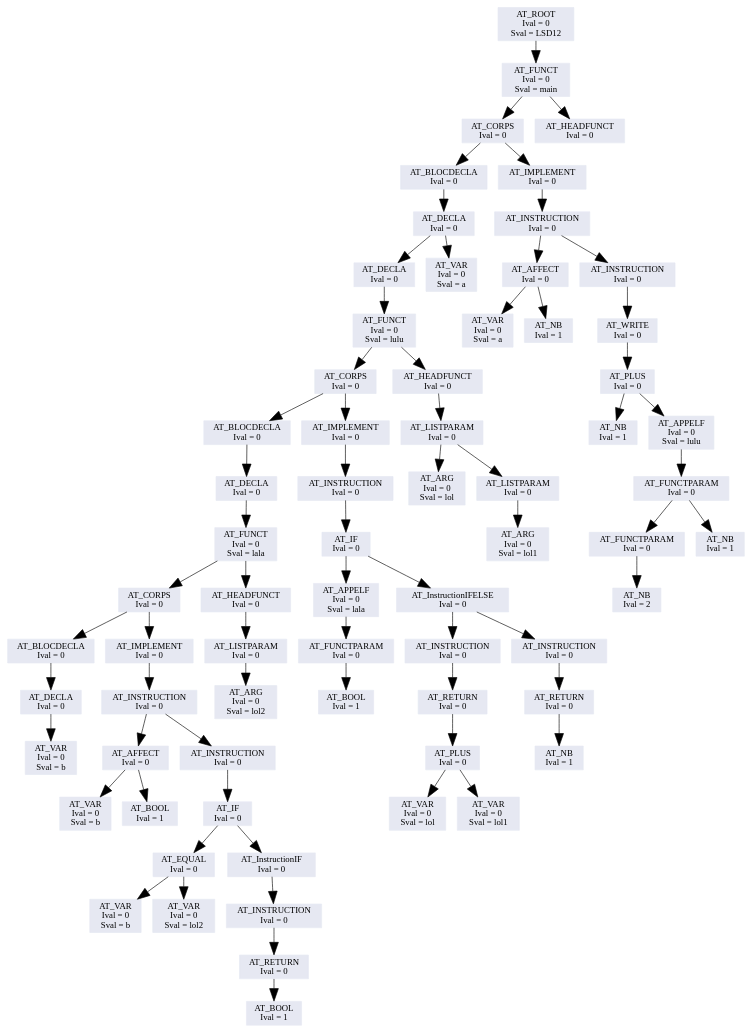
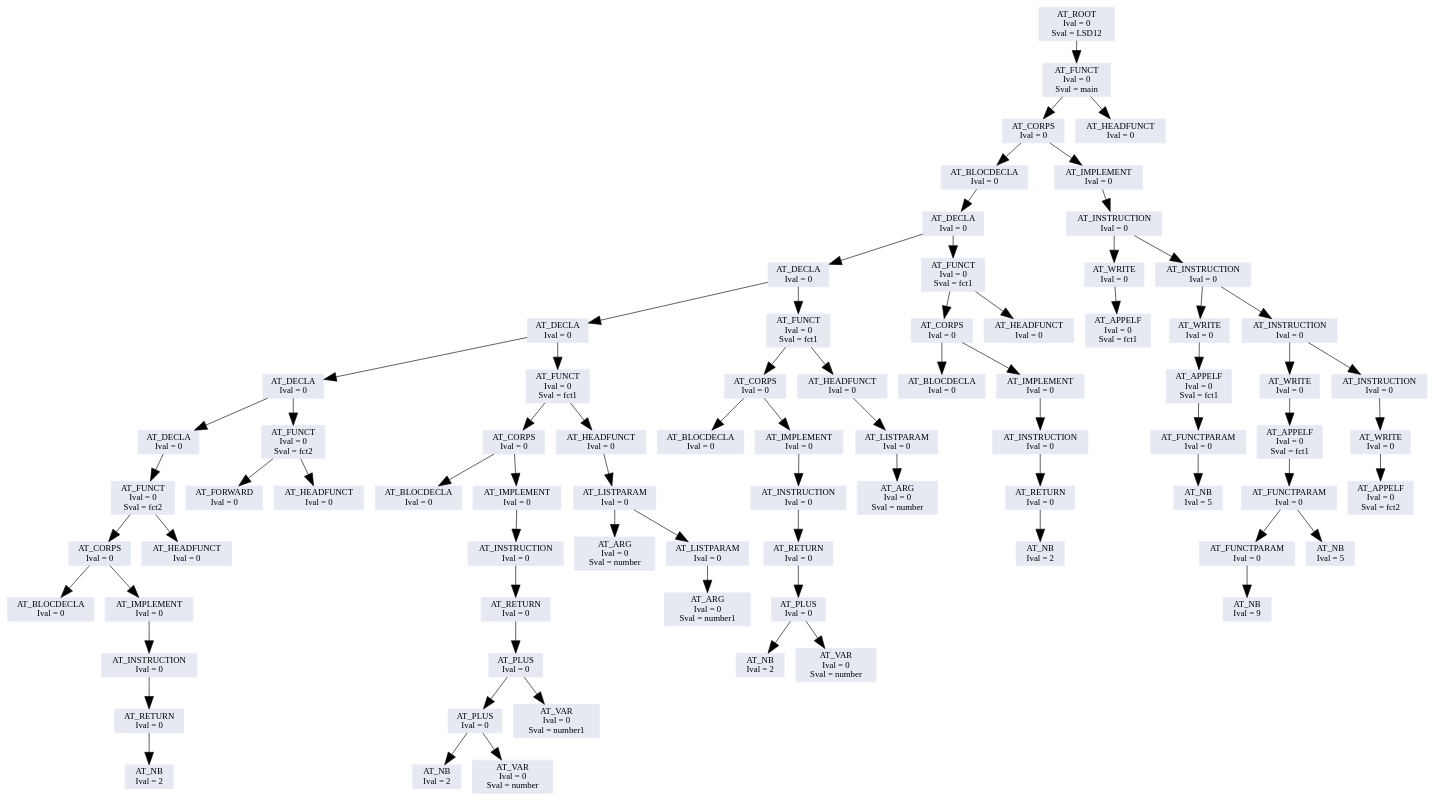
One commit to w0lf3011/13-lsd12 changed the diagram in lsd12/code/ArbreGraph.dot. Above: the diagram before and after it, drawn with Graphviz. The commit also changed 6 other files, not shown here.

```diff
--- a/lsd12/code/ArbreGraph.dot
+++ b/lsd12/code/ArbreGraph.dot
@@ -6,141 +6,157 @@
 
 // A remplacer avec ce qu'il y a entre ";*** BEGIN printTreeGraphViz(..) +locations ***" et ";*** END printTreeGraphViz(..) +locations ***"
 
-"0x91829c8";
-"0x91829c8"[shape=box, color="#e6e8f2", fontcolor="#000000",label="AT_ROOT \n Ival = 0\n Sval = LSD12"];
-"0x91829c8" -> "0x91829a8";
-"0x91829a8"[shape=box, color="#e6e8f2", fontcolor="#000000",label="AT_FUNCT \n Ival = 0\n Sval = main"];
-"0x91829a8" -> "0x9182988";
-"0x91829a8" -> "0x9182078";
-"0x9182988"[shape=box, color="#e6e8f2", fontcolor="#000000",label="AT_CORPS \n Ival = 0"];
-"0x9182988" -> "0x9182788";
-"0x9182988" -> "0x9182968";
-"0x9182788"[shape=box, color="#e6e8f2", fontcolor="#000000",label="AT_BLOCDECLA \n Ival = 0"];
-"0x9182788" -> "0x9182768";
-"0x9182768"[shape=box, color="#e6e8f2", fontcolor="#000000",label="AT_DECLA \n Ival = 0"];
-"0x9182768" -> "0x9182748";
-"0x9182768" -> "0x91820a8";
-"0x9182748"[shape=box, color="#e6e8f2", fontcolor="#000000",label="AT_DECLA \n Ival = 0"];
-"0x9182748" -> "0x9182728";
-"0x9182728"[shape=box, color="#e6e8f2", fontcolor="#000000",label="AT_FUNCT \n Ival = 0\n Sval = lulu"];
-"0x9182728" -> "0x9182708";
-"0x9182728" -> "0x9182178";
-"0x9182708"[shape=box, color="#e6e8f2", fontcolor="#000000",label="AT_CORPS \n Ival = 0"];
-"0x9182708" -> "0x91824d8";
-"0x9182708" -> "0x91826e8";
-"0x91824d8"[shape=box, color="#e6e8f2", fontcolor="#000000",label="AT_BLOCDECLA \n Ival = 0"];
-"0x91824d8" -> "0x91824b8";
-"0x91824b8"[shape=box, color="#e6e8f2", fontcolor="#000000",label="AT_DECLA \n Ival = 0"];
-"0x91824b8" -> "0x9182498";
-"0x9182498"[shape=box, color="#e6e8f2", fontcolor="#000000",label="AT_FUNCT \n Ival = 0\n Sval = lala"];
-"0x9182498" -> "0x9182478";
-"0x9182498" -> "0x91821f8";
-"0x9182478"[shape=box, color="#e6e8f2", fontcolor="#000000",label="AT_CORPS \n Ival = 0"];
-"0x9182478" -> "0x9182268";
-"0x9182478" -> "0x9182458";
-"0x9182268"[shape=box, color="#e6e8f2", fontcolor="#000000",label="AT_BLOCDECLA \n Ival = 0"];
-"0x9182268" -> "0x9182248";
-"0x9182248"[shape=box, color="#e6e8f2", fontcolor="#000000",label="AT_DECLA \n Ival = 0"];
-"0x9182248" -> "0x9182228";
-"0x9182228"[shape=box, color="#e6e8f2", fontcolor="#000000",label="AT_VAR \n Ival = 0\n Sval = b"];
-"0x9182458"[shape=box, color="#e6e8f2", fontcolor="#000000",label="AT_IMPLEMENT \n Ival = 0"];
-"0x9182458" -> "0x9182438";
-"0x9182438"[shape=box, color="#e6e8f2", fontcolor="#000000",label="AT_INSTRUCTION \n Ival = 0"];
-"0x9182438" -> "0x91822d8";
-"0x9182438" -> "0x9182418";
-"0x91822d8"[shape=box, color="#e6e8f2", fontcolor="#000000",label="AT_AFFECT \n Ival = 0"];
-"0x91822d8" -> "0x9182298";
-"0x91822d8" -> "0x91822b8";
-"0x9182298"[shape=box, color="#e6e8f2", fontcolor="#000000",label="AT_VAR \n Ival = 0\n Sval = b"];
-"0x91822b8"[shape=box, color="#e6e8f2", fontcolor="#000000",label="AT_BOOL \n Ival = 1"];
-"0x9182418"[shape=box, color="#e6e8f2", fontcolor="#000000",label="AT_INSTRUCTION \n Ival = 0"];
-"0x9182418" -> "0x91823f8";
-"0x91823f8"[shape=box, color="#e6e8f2", fontcolor="#000000",label="AT_IF \n Ival = 0"];
-"0x91823f8" -> "0x9182358";
-"0x91823f8" -> "0x91823d8";
-"0x9182358"[shape=box, color="#e6e8f2", fontcolor="#000000",label="AT_EQUAL \n Ival = 0"];
-"0x9182358" -> "0x9182308";
-"0x9182358" -> "0x9182338";
-"0x9182308"[shape=box, color="#e6e8f2", fontcolor="#000000",label="AT_VAR \n Ival = 0\n Sval = b"];
-"0x9182338"[shape=box, color="#e6e8f2", fontcolor="#000000",label="AT_VAR \n Ival = 0\n Sval = lol2"];
-"0x91823d8"[shape=box, color="#e6e8f2", fontcolor="#000000",label="AT_InstructionIF \n Ival = 0"];
-"0x91823d8" -> "0x91823b8";
-"0x91823b8"[shape=box, color="#e6e8f2", fontcolor="#000000",label="AT_INSTRUCTION \n Ival = 0"];
-"0x91823b8" -> "0x9182398";
-"0x9182398"[shape=box, color="#e6e8f2", fontcolor="#000000",label="AT_RETURN \n Ival = 0"];
-"0x9182398" -> "0x9182378";
-"0x9182378"[shape=box, color="#e6e8f2", fontcolor="#000000",label="AT_BOOL \n Ival = 1"];
-"0x91821f8"[shape=box, color="#e6e8f2", fontcolor="#000000",label="AT_HEADFUNCT \n Ival = 0"];
-"0x91821f8" -> "0x91821d8";
-"0x91821d8"[shape=box, color="#e6e8f2", fontcolor="#000000",label="AT_LISTPARAM \n Ival = 0"];
-"0x91821d8" -> "0x91821b8";
-"0x91821b8"[shape=box, color="#e6e8f2", fontcolor="#000000",label="AT_ARG \n Ival = 0\n Sval = lol2"];
-"0x91826e8"[shape=box, color="#e6e8f2", fontcolor="#000000",label="AT_IMPLEMENT \n Ival = 0"];
-"0x91826e8" -> "0x91826c8";
-"0x91826c8"[shape=box, color="#e6e8f2", fontcolor="#000000",label="AT_INSTRUCTION \n Ival = 0"];
-"0x91826c8" -> "0x91826a8";
-"0x91826a8"[shape=box, color="#e6e8f2", fontcolor="#000000",label="AT_IF \n Ival = 0"];
-"0x91826a8" -> "0x9182548";
-"0x91826a8" -> "0x9182688";
-"0x9182548"[shape=box, color="#e6e8f2", fontcolor="#000000",label="AT_APPELF \n Ival = 0\n Sval = lala"];
-"0x9182548" -> "0x9182528";
-"0x9182528"[shape=box, color="#e6e8f2", fontcolor="#000000",label="AT_FUNCTPARAM \n Ival = 0"];
-"0x9182528" -> "0x9182508";
-"0x9182508"[shape=box, color="#e6e8f2", fontcolor="#000000",label="AT_BOOL \n Ival = 1"];
-"0x9182688"[shape=box, color="#e6e8f2", fontcolor="#000000",label="AT_InstructionIFELSE \n Ival = 0"];
-"0x9182688" -> "0x9182608";
-"0x9182688" -> "0x9182668";
-"0x9182608"[shape=box, color="#e6e8f2", fontcolor="#000000",label="AT_INSTRUCTION \n Ival = 0"];
-"0x9182608" -> "0x91825e8";
-"0x91825e8"[shape=box, color="#e6e8f2", fontcolor="#000000",label="AT_RETURN \n Ival = 0"];
-"0x91825e8" -> "0x91825c8";
-"0x91825c8"[shape=box, color="#e6e8f2", fontcolor="#000000",label="AT_PLUS \n Ival = 0"];
-"0x91825c8" -> "0x9182578";
-"0x91825c8" -> "0x91825a8";
-"0x9182578"[shape=box, color="#e6e8f2", fontcolor="#000000",label="AT_VAR \n Ival = 0\n Sval = lol"];
-"0x91825a8"[shape=box, color="#e6e8f2", fontcolor="#000000",label="AT_VAR \n Ival = 0\n Sval = lol1"];
-"0x9182668"[shape=box, color="#e6e8f2", fontcolor="#000000",label="AT_INSTRUCTION \n Ival = 0"];
-"0x9182668" -> "0x9182648";
-"0x9182648"[shape=box, color="#e6e8f2", fontcolor="#000000",label="AT_RETURN \n Ival = 0"];
-"0x9182648" -> "0x9182628";
-"0x9182628"[shape=box, color="#e6e8f2", fontcolor="#000000",label="AT_NB \n Ival = 1"];
-"0x9182178"[shape=box, color="#e6e8f2", fontcolor="#000000",label="AT_HEADFUNCT \n Ival = 0"];
-"0x9182178" -> "0x9182158";
-"0x9182158"[shape=box, color="#e6e8f2", fontcolor="#000000",label="AT_LISTPARAM \n Ival = 0"];
-"0x9182158" -> "0x91820e8";
-"0x9182158" -> "0x9182138";
-"0x91820e8"[shape=box, color="#e6e8f2", fontcolor="#000000",label="AT_ARG \n Ival = 0\n Sval = lol"];
-"0x9182138"[shape=box, color="#e6e8f2", fontcolor="#000000",label="AT_LISTPARAM \n Ival = 0"];
-"0x9182138" -> "0x9182118";
-"0x9182118"[shape=box, color="#e6e8f2", fontcolor="#000000",label="AT_ARG \n Ival = 0\n Sval = lol1"];
-"0x91820a8"[shape=box, color="#e6e8f2", fontcolor="#000000",label="AT_VAR \n Ival = 0\n Sval = a"];
-"0x9182968"[shape=box, color="#e6e8f2", fontcolor="#000000",label="AT_IMPLEMENT \n Ival = 0"];
-"0x9182968" -> "0x9182948";
-"0x9182948"[shape=box, color="#e6e8f2", fontcolor="#000000",label="AT_INSTRUCTION \n Ival = 0"];
-"0x9182948" -> "0x91827f8";
-"0x9182948" -> "0x9182928";
-"0x91827f8"[shape=box, color="#e6e8f2", fontcolor="#000000",label="AT_AFFECT \n Ival = 0"];
-"0x91827f8" -> "0x91827b8";
-"0x91827f8" -> "0x91827d8";
-"0x91827b8"[shape=box, color="#e6e8f2", fontcolor="#000000",label="AT_VAR \n Ival = 0\n Sval = a"];
-"0x91827d8"[shape=box, color="#e6e8f2", fontcolor="#000000",label="AT_NB \n Ival = 1"];
-"0x9182928"[shape=box, color="#e6e8f2", fontcolor="#000000",label="AT_INSTRUCTION \n Ival = 0"];
-"0x9182928" -> "0x9182908";
-"0x9182908"[shape=box, color="#e6e8f2", fontcolor="#000000",label="AT_WRITE \n Ival = 0"];
-"0x9182908" -> "0x91828e8";
-"0x91828e8"[shape=box, color="#e6e8f2", fontcolor="#000000",label="AT_PLUS \n Ival = 0"];
-"0x91828e8" -> "0x9182818";
-"0x91828e8" -> "0x91828c8";
-"0x9182818"[shape=box, color="#e6e8f2", fontcolor="#000000",label="AT_NB \n Ival = 1"];
-"0x91828c8"[shape=box, color="#e6e8f2", fontcolor="#000000",label="AT_APPELF \n Ival = 0\n Sval = lulu"];
-"0x91828c8" -> "0x91828a8";
-"0x91828a8"[shape=box, color="#e6e8f2", fontcolor="#000000",label="AT_FUNCTPARAM \n Ival = 0"];
-"0x91828a8" -> "0x9182888";
-"0x91828a8" -> "0x9182848";
-"0x9182888"[shape=box, color="#e6e8f2", fontcolor="#000000",label="AT_FUNCTPARAM \n Ival = 0"];
-"0x9182888" -> "0x9182868";
-"0x9182868"[shape=box, color="#e6e8f2", fontcolor="#000000",label="AT_NB \n Ival = 2"];
-"0x9182848"[shape=box, color="#e6e8f2", fontcolor="#000000",label="AT_NB \n Ival = 1"];
-"0x9182078"[shape=box, color="#e6e8f2", fontcolor="#000000",label="AT_HEADFUNCT \n Ival = 0"];
+"0x8a95ac8";
+"0x8a95ac8"[shape=box, color="#e6e8f2", fontcolor="#000000",label="AT_ROOT \n Ival = 0\n Sval = LSD12"];
+"0x8a95ac8" -> "0x8a95aa8";
+"0x8a95aa8"[shape=box, color="#e6e8f2", fontcolor="#000000",label="AT_FUNCT \n Ival = 0\n Sval = main"];
+"0x8a95aa8" -> "0x8a95a88";
+"0x8a95aa8" -> "0x8a95078";
+"0x8a95a88"[shape=box, color="#e6e8f2", fontcolor="#000000",label="AT_CORPS \n Ival = 0"];
+"0x8a95a88" -> "0x8a957c8";
+"0x8a95a88" -> "0x8a95a68";
+"0x8a957c8"[shape=box, color="#e6e8f2", fontcolor="#000000",label="AT_BLOCDECLA \n Ival = 0"];
+"0x8a957c8" -> "0x8a957a8";
+"0x8a957a8"[shape=box, color="#e6e8f2", fontcolor="#000000",label="AT_DECLA \n Ival = 0"];
+"0x8a957a8" -> "0x8a95788";
+"0x8a957a8" -> "0x8a95188";
+"0x8a95788"[shape=box, color="#e6e8f2", fontcolor="#000000",label="AT_DECLA \n Ival = 0"];
+"0x8a95788" -> "0x8a95768";
+"0x8a95788" -> "0x8a95338";
+"0x8a95768"[shape=box, color="#e6e8f2", fontcolor="#000000",label="AT_DECLA \n Ival = 0"];
+"0x8a95768" -> "0x8a95748";
+"0x8a95768" -> "0x8a95588";
+"0x8a95748"[shape=box, color="#e6e8f2", fontcolor="#000000",label="AT_DECLA \n Ival = 0"];
+"0x8a95748" -> "0x8a95728";
+"0x8a95748" -> "0x8a955f8";
+"0x8a95728"[shape=box, color="#e6e8f2", fontcolor="#000000",label="AT_DECLA \n Ival = 0"];
+"0x8a95728" -> "0x8a95708";
+"0x8a95708"[shape=box, color="#e6e8f2", fontcolor="#000000",label="AT_FUNCT \n Ival = 0\n Sval = fct2"];
+"0x8a95708" -> "0x8a956e8";
+"0x8a95708" -> "0x8a95628";
+"0x8a956e8"[shape=box, color="#e6e8f2", fontcolor="#000000",label="AT_CORPS \n Ival = 0"];
+"0x8a956e8" -> "0x8a95648";
+"0x8a956e8" -> "0x8a956c8";
+"0x8a95648"[shape=box, color="#e6e8f2", fontcolor="#000000",label="AT_BLOCDECLA \n Ival = 0"];
+"0x8a956c8"[shape=box, color="#e6e8f2", fontcolor="#000000",label="AT_IMPLEMENT \n Ival = 0"];
+"0x8a956c8" -> "0x8a956a8";
+"0x8a956a8"[shape=box, color="#e6e8f2", fontcolor="#000000",label="AT_INSTRUCTION \n Ival = 0"];
+"0x8a956a8" -> "0x8a95688";
+"0x8a95688"[shape=box, color="#e6e8f2", fontcolor="#000000",label="AT_RETURN \n Ival = 0"];
+"0x8a95688" -> "0x8a95668";
+"0x8a95668"[shape=box, color="#e6e8f2", fontcolor="#000000",label="AT_NB \n Ival = 2"];
+"0x8a95628"[shape=box, color="#e6e8f2", fontcolor="#000000",label="AT_HEADFUNCT \n Ival = 0"];
+"0x8a955f8"[shape=box, color="#e6e8f2", fontcolor="#000000",label="AT_FUNCT \n Ival = 0\n Sval = fct2"];
+"0x8a955f8" -> "0x8a955d8";
+"0x8a955f8" -> "0x8a955b8";
+"0x8a955d8"[shape=box, color="#e6e8f2", fontcolor="#000000",label="AT_FORWARD \n Ival = 0"];
+"0x8a955b8"[shape=box, color="#e6e8f2", fontcolor="#000000",label="AT_HEADFUNCT \n Ival = 0"];
+"0x8a95588"[shape=box, color="#e6e8f2", fontcolor="#000000",label="AT_FUNCT \n Ival = 0\n Sval = fct1"];
+"0x8a95588" -> "0x8a95568";
+"0x8a95588" -> "0x8a95408";
+"0x8a95568"[shape=box, color="#e6e8f2", fontcolor="#000000",label="AT_CORPS \n Ival = 0"];
+"0x8a95568" -> "0x8a95428";
+"0x8a95568" -> "0x8a95548";
+"0x8a95428"[shape=box, color="#e6e8f2", fontcolor="#000000",label="AT_BLOCDECLA \n Ival = 0"];
+"0x8a95548"[shape=box, color="#e6e8f2", fontcolor="#000000",label="AT_IMPLEMENT \n Ival = 0"];
+"0x8a95548" -> "0x8a95528";
+"0x8a95528"[shape=box, color="#e6e8f2", fontcolor="#000000",label="AT_INSTRUCTION \n Ival = 0"];
+"0x8a95528" -> "0x8a95508";
+"0x8a95508"[shape=box, color="#e6e8f2", fontcolor="#000000",label="AT_RETURN \n Ival = 0"];
+"0x8a95508" -> "0x8a954e8";
+"0x8a954e8"[shape=box, color="#e6e8f2", fontcolor="#000000",label="AT_PLUS \n Ival = 0"];
+"0x8a954e8" -> "0x8a95498";
+"0x8a954e8" -> "0x8a954c8";
+"0x8a95498"[shape=box, color="#e6e8f2", fontcolor="#000000",label="AT_PLUS \n Ival = 0"];
+"0x8a95498" -> "0x8a95448";
+"0x8a95498" -> "0x8a95478";
+"0x8a95448"[shape=box, color="#e6e8f2", fontcolor="#000000",label="AT_NB \n Ival = 2"];
+"0x8a95478"[shape=box, color="#e6e8f2", fontcolor="#000000",label="AT_VAR \n Ival = 0\n Sval = number"];
+"0x8a954c8"[shape=box, color="#e6e8f2", fontcolor="#000000",label="AT_VAR \n Ival = 0\n Sval = number1"];
+"0x8a95408"[shape=box, color="#e6e8f2", fontcolor="#000000",label="AT_HEADFUNCT \n Ival = 0"];
+"0x8a95408" -> "0x8a953e8";
+"0x8a953e8"[shape=box, color="#e6e8f2", fontcolor="#000000",label="AT_LISTPARAM \n Ival = 0"];
+"0x8a953e8" -> "0x8a95378";
+"0x8a953e8" -> "0x8a953c8";
+"0x8a95378"[shape=box, color="#e6e8f2", fontcolor="#000000",label="AT_ARG \n Ival = 0\n Sval = number"];
+"0x8a953c8"[shape=box, color="#e6e8f2", fontcolor="#000000",label="AT_LISTPARAM \n Ival = 0"];
+"0x8a953c8" -> "0x8a953a8";
+"0x8a953a8"[shape=box, color="#e6e8f2", fontcolor="#000000",label="AT_ARG \n Ival = 0\n Sval = number1"];
+"0x8a95338"[shape=box, color="#e6e8f2", fontcolor="#000000",label="AT_FUNCT \n Ival = 0\n Sval = fct1"];
+"0x8a95338" -> "0x8a95318";
+"0x8a95338" -> "0x8a95208";
+"0x8a95318"[shape=box, color="#e6e8f2", fontcolor="#000000",label="AT_CORPS \n Ival = 0"];
+"0x8a95318" -> "0x8a95228";
+"0x8a95318" -> "0x8a952f8";
+"0x8a95228"[shape=box, color="#e6e8f2", fontcolor="#000000",label="AT_BLOCDECLA \n Ival = 0"];
+"0x8a952f8"[shape=box, color="#e6e8f2", fontcolor="#000000",label="AT_IMPLEMENT \n Ival = 0"];
+"0x8a952f8" -> "0x8a952d8";
+"0x8a952d8"[shape=box, color="#e6e8f2", fontcolor="#000000",label="AT_INSTRUCTION \n Ival = 0"];
+"0x8a952d8" -> "0x8a952b8";
+"0x8a952b8"[shape=box, color="#e6e8f2", fontcolor="#000000",label="AT_RETURN \n Ival = 0"];
+"0x8a952b8" -> "0x8a95298";
+"0x8a95298"[shape=box, color="#e6e8f2", fontcolor="#000000",label="AT_PLUS \n Ival = 0"];
+"0x8a95298" -> "0x8a95248";
+"0x8a95298" -> "0x8a95278";
+"0x8a95248"[shape=box, color="#e6e8f2", fontcolor="#000000",label="AT_NB \n Ival = 2"];
+"0x8a95278"[shape=box, color="#e6e8f2", fontcolor="#000000",label="AT_VAR \n Ival = 0\n Sval = number"];
+"0x8a95208"[shape=box, color="#e6e8f2", fontcolor="#000000",label="AT_HEADFUNCT \n Ival = 0"];
+"0x8a95208" -> "0x8a951e8";
+"0x8a951e8"[shape=box, color="#e6e8f2", fontcolor="#000000",label="AT_LISTPARAM \n Ival = 0"];
+"0x8a951e8" -> "0x8a951c8";
+"0x8a951c8"[shape=box, color="#e6e8f2", fontcolor="#000000",label="AT_ARG \n Ival = 0\n Sval = number"];
+"0x8a95188"[shape=box, color="#e6e8f2", fontcolor="#000000",label="AT_FUNCT \n Ival = 0\n Sval = fct1"];
+"0x8a95188" -> "0x8a95168";
+"0x8a95188" -> "0x8a950a8";
+"0x8a95168"[shape=box, color="#e6e8f2", fontcolor="#000000",label="AT_CORPS \n Ival = 0"];
+"0x8a95168" -> "0x8a950c8";
+"0x8a95168" -> "0x8a95148";
+"0x8a950c8"[shape=box, color="#e6e8f2", fontcolor="#000000",label="AT_BLOCDECLA \n Ival = 0"];
+"0x8a95148"[shape=box, color="#e6e8f2", fontcolor="#000000",label="AT_IMPLEMENT \n Ival = 0"];
+"0x8a95148" -> "0x8a95128";
+"0x8a95128"[shape=box, color="#e6e8f2", fontcolor="#000000",label="AT_INSTRUCTION \n Ival = 0"];
+"0x8a95128" -> "0x8a95108";
+"0x8a95108"[shape=box, color="#e6e8f2", fontcolor="#000000",label="AT_RETURN \n Ival = 0"];
+"0x8a95108" -> "0x8a950e8";
+"0x8a950e8"[shape=box, color="#e6e8f2", fontcolor="#000000",label="AT_NB \n Ival = 2"];
+"0x8a950a8"[shape=box, color="#e6e8f2", fontcolor="#000000",label="AT_HEADFUNCT \n Ival = 0"];
+"0x8a95a68"[shape=box, color="#e6e8f2", fontcolor="#000000",label="AT_IMPLEMENT \n Ival = 0"];
+"0x8a95a68" -> "0x8a95a48";
+"0x8a95a48"[shape=box, color="#e6e8f2", fontcolor="#000000",label="AT_INSTRUCTION \n Ival = 0"];
+"0x8a95a48" -> "0x8a95818";
+"0x8a95a48" -> "0x8a95a28";
+"0x8a95818"[shape=box, color="#e6e8f2", fontcolor="#000000",label="AT_WRITE \n Ival = 0"];
+"0x8a95818" -> "0x8a957f8";
+"0x8a957f8"[shape=box, color="#e6e8f2", fontcolor="#000000",label="AT_APPELF \n Ival = 0\n Sval = fct1"];
+"0x8a95a28"[shape=box, color="#e6e8f2", fontcolor="#000000",label="AT_INSTRUCTION \n Ival = 0"];
+"0x8a95a28" -> "0x8a958a8";
+"0x8a95a28" -> "0x8a95a08";
+"0x8a958a8"[shape=box, color="#e6e8f2", fontcolor="#000000",label="AT_WRITE \n Ival = 0"];
+"0x8a958a8" -> "0x8a95888";
+"0x8a95888"[shape=box, color="#e6e8f2", fontcolor="#000000",label="AT_APPELF \n Ival = 0\n Sval = fct1"];
+"0x8a95888" -> "0x8a95868";
+"0x8a95868"[shape=box, color="#e6e8f2", fontcolor="#000000",label="AT_FUNCTPARAM \n Ival = 0"];
+"0x8a95868" -> "0x8a95848";
+"0x8a95848"[shape=box, color="#e6e8f2", fontcolor="#000000",label="AT_NB \n Ival = 5"];
+"0x8a95a08"[shape=box, color="#e6e8f2", fontcolor="#000000",label="AT_INSTRUCTION \n Ival = 0"];
+"0x8a95a08" -> "0x8a95978";
+"0x8a95a08" -> "0x8a959e8";
+"0x8a95978"[shape=box, color="#e6e8f2", fontcolor="#000000",label="AT_WRITE \n Ival = 0"];
+"0x8a95978" -> "0x8a95958";
+"0x8a95958"[shape=box, color="#e6e8f2", fontcolor="#000000",label="AT_APPELF \n Ival = 0\n Sval = fct1"];
+"0x8a95958" -> "0x8a95938";
+"0x8a95938"[shape=box, color="#e6e8f2", fontcolor="#000000",label="AT_FUNCTPARAM \n Ival = 0"];
+"0x8a95938" -> "0x8a95918";
+"0x8a95938" -> "0x8a958d8";
+"0x8a95918"[shape=box, color="#e6e8f2", fontcolor="#000000",label="AT_FUNCTPARAM \n Ival = 0"];
+"0x8a95918" -> "0x8a958f8";
+"0x8a958f8"[shape=box, color="#e6e8f2", fontcolor="#000000",label="AT_NB \n Ival = 9"];
+"0x8a958d8"[shape=box, color="#e6e8f2", fontcolor="#000000",label="AT_NB \n Ival = 5"];
+"0x8a959e8"[shape=box, color="#e6e8f2", fontcolor="#000000",label="AT_INSTRUCTION \n Ival = 0"];
+"0x8a959e8" -> "0x8a959c8";
+"0x8a959c8"[shape=box, color="#e6e8f2", fontcolor="#000000",label="AT_WRITE \n Ival = 0"];
+"0x8a959c8" -> "0x8a959a8";
+"0x8a959a8"[shape=box, color="#e6e8f2", fontcolor="#000000",label="AT_APPELF \n Ival = 0\n Sval = fct2"];
+"0x8a95078"[shape=box, color="#e6e8f2", fontcolor="#000000",label="AT_HEADFUNCT \n Ival = 0"];
 
 }
```
